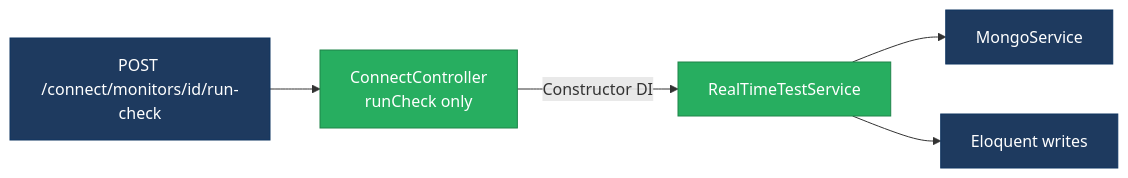
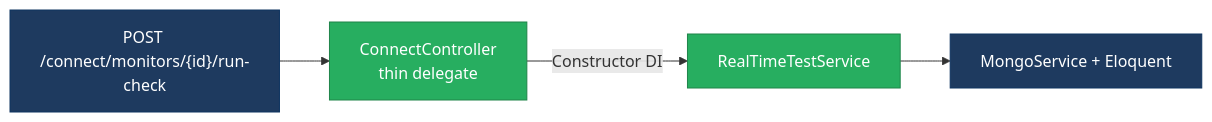
One commit to shende-shweta/FSDKC changed the second of 5 diagrams in docs/discovery/01-architecture-design.md. Above: the diagram before and after it, drawn with Mermaid. The commit also changed other lines of this file and 1 other file, not shown here.

````diff
--- a/docs/discovery/01-architecture-design.md
+++ b/docs/discovery/01-architecture-design.md
@@ -476,12 +397,10 @@
 ```mermaid
 flowchart LR
-  RT["POST /connect/monitors/id/run-check"] --> CC["ConnectController<br/>runCheck only"]
-  CC -->|"Constructor DI"| RTS["RealTimeTestService"]
-  RTS --> MS["MongoService"]
-  RTS --> ELOQ2["Eloquent writes"]
+  A["POST /connect/monitors/{id}/run-check"] --> B["ConnectController<br/>thin delegate"]
+  B -->|Constructor DI| C["RealTimeTestService"]
+  C --> D["MongoService + Eloquent"]
   classDef good fill:#27ae60,stroke:#1e8449,color:#fff
   classDef normal fill:#1e3a5f,stroke:#0f3460,color:#fff
-  class RT normal
-  class CC,RTS good
-  class MS,ELOQ2 normal
+  class B,C good
+  class A,D normal
 ```
````
